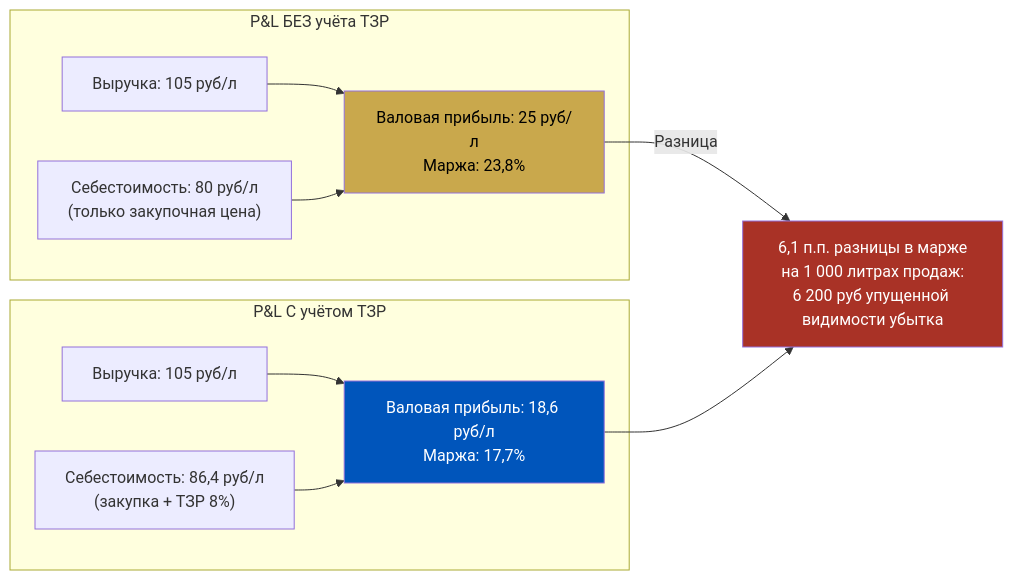
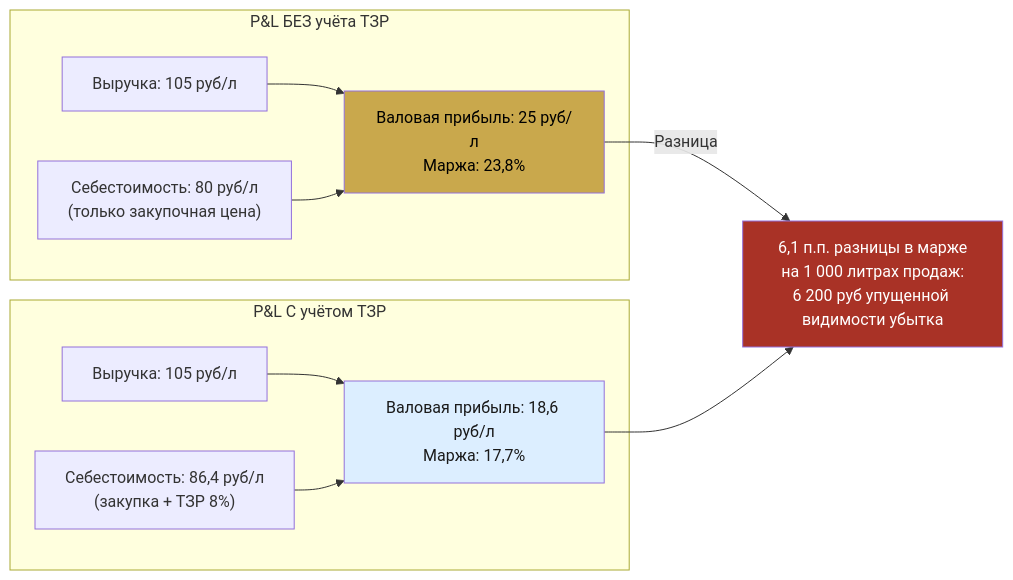
Before and after one commit to murad1986/1c-erp-quartz: the fourth of 6 diagrams in content/1c-erp/week_8/Неделя 8 - День 2 - Транспортно-заготовительные расходы.md, drawn with Mermaid. The commit also changed other lines of this file and 57 other files, not shown here.

First line of the commit message:
fix: Mermaid — пастельные цвета в источниках диаграмм (56 файлов)

````diff
--- a/content/1c-erp/week_8/Неделя 8 - День 2 - Транспортно-заготовительные расходы.md
+++ b/content/1c-erp/week_8/Неделя 8 - День 2 - Транспортно-заготовительные расходы.md
@@ -241,25 +241,25 @@
 ```mermaid
 flowchart LR
     subgraph "P&L БЕЗ учёта ТЗР"
         A1["Выручка: 105 руб/л"]
         A2["Себестоимость: 80 руб/л<br/>(только закупочная цена)"]
         A3["Валовая прибыль: 25 руб/л<br/>Маржа: 23,8%"]
         A1 --> A3
         A2 --> A3
     end
 
     subgraph "P&L С учётом ТЗР"
         B1["Выручка: 105 руб/л"]
         B2["Себестоимость: 86,4 руб/л<br/>(закупка + ТЗР 8%)"]
         B3["Валовая прибыль: 18,6 руб/л<br/>Маржа: 17,7%"]
         B1 --> B3
         B2 --> B3
     end
 
     A3 -->|"Разница"| X["6,1 п.п. разницы в марже<br/>на 1 000 литрах продаж:<br/>6 200 руб упущенной видимости убытка"]
     B3 --> X
 
     style A3 fill:#C9A84C,color:#000
-    style B3 fill:#0055BB,color:#fff
+    style B3 fill:#dceeff,color:#1a1a1a
     style X fill:#A93226,color:#fff
 ```
````
